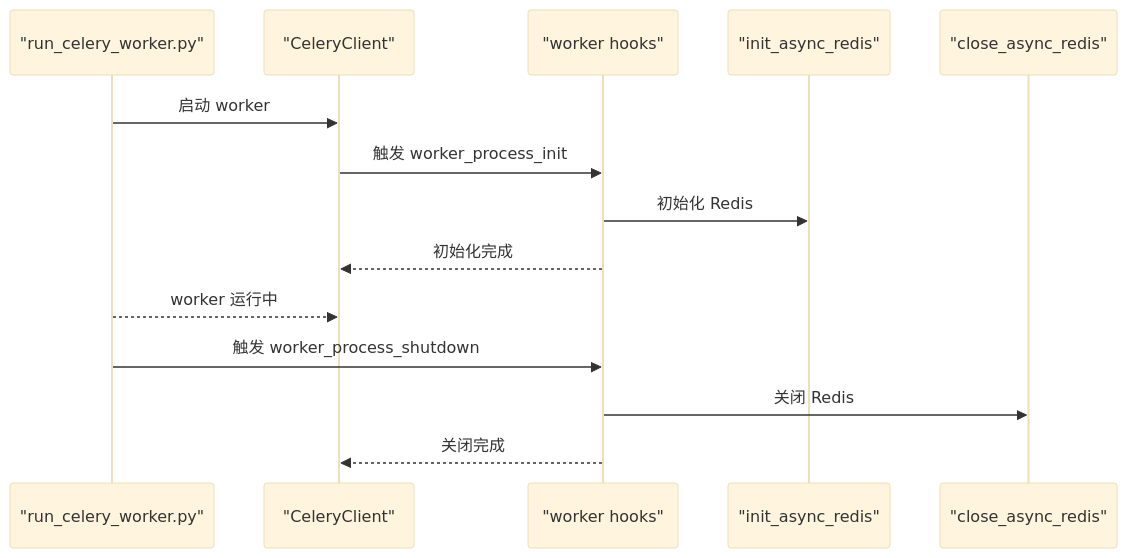
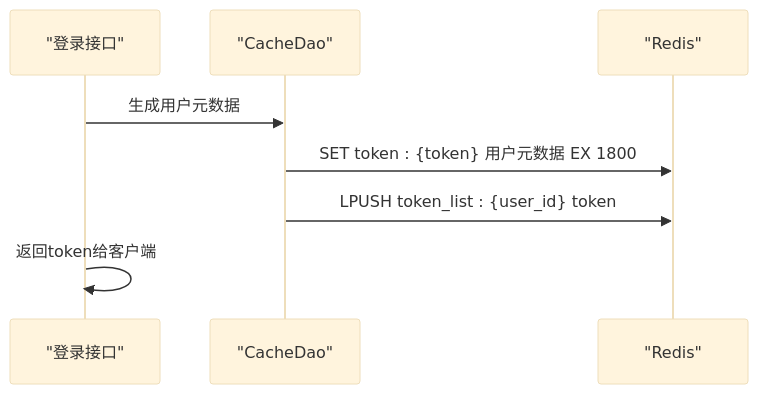
One commit to lilinzezzzzzz/fastapi-backend changed the seventh of 10 diagrams in .qoder/repowiki/zh/content/缓存系统/Redis集成.md. Above: the diagram before and after it, drawn with Mermaid (base theme). The commit also changed other lines of this file and 38 other files, not shown here.

````diff
--- a/.qoder/repowiki/zh/content/缓存系统/Redis集成.md
+++ b/.qoder/repowiki/zh/content/缓存系统/Redis集成.md
@@ -306,16 +381,10 @@
 ```mermaid
 sequenceDiagram
-participant RUN as "run_celery_worker.py"
-participant CEL as "CeleryClient"
-participant HOOK as "worker hooks"
-participant INIT as "init_async_redis"
-participant CLOSE as "close_async_redis"
-RUN->>CEL : 启动 worker
-CEL->>HOOK : 触发 worker_process_init
-HOOK->>INIT : 初始化 Redis
-HOOK-->>CEL : 初始化完成
-RUN-->>CEL : worker 运行中
-RUN->>HOOK : 触发 worker_process_shutdown
-HOOK->>CLOSE : 关闭 Redis
-HOOK-->>CEL : 关闭完成
+participant LOGIN as "登录接口"
+participant CACHE_DAO as "CacheDao"
+participant REDIS as "Redis"
+LOGIN->>CACHE_DAO : 生成用户元数据
+CACHE_DAO->>REDIS : SET token : {token} 用户元数据 EX 1800
+CACHE_DAO->>REDIS : LPUSH token_list : {user_id} token
+LOGIN->>LOGIN : 返回token给客户端
 ```
````
